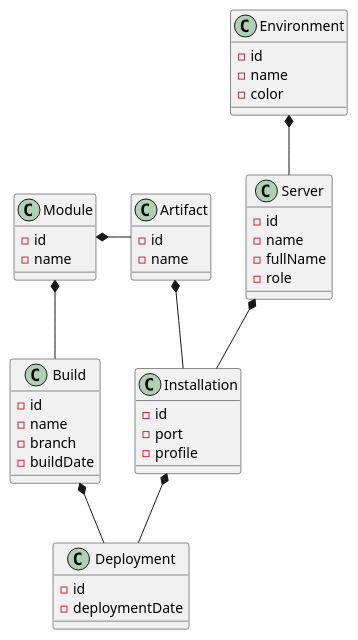
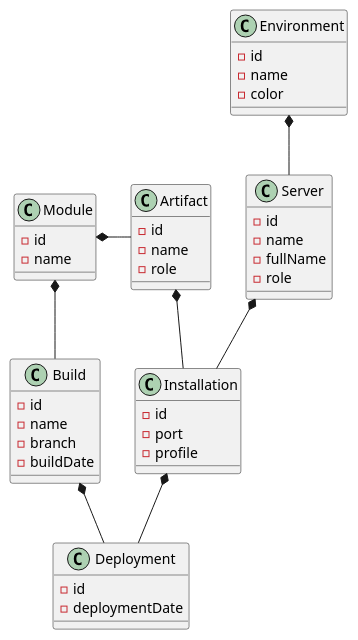
The diagram in git-visu-back/src/main/doc/model.puml (sixdouglas/git-visu), drawn with PlantUML before and after one commit. The commit also changed 64 other files, not shown here.

```diff
--- a/git-visu-back/src/main/doc/model.puml
+++ b/git-visu-back/src/main/doc/model.puml
@@ -1,52 +1,53 @@
 @startuml
 
 class Artifact {
     - id
     - name
+    - role
 }
 
 class Build {
     - id
     - name
     - branch
     - buildDate
 }
 
 class Deployment {
     - id
     - deploymentDate
 }
 
 class Environment {
     - id
     - name
     - color
 }
 
 class Installation {
     - id
     - port
     - profile
 }
 
 class Module {
     - id
     - name
 }
 
 class Server {
     - id
     - name
     - fullName
     - role
 }
 
 Environment *-- Server
 Module *-- Build
 Module *-right- Artifact
 Artifact *-- Installation
 Server *-- Installation
 Build *-- Deployment
 Installation *-- Deployment
 
 @enduml
```
